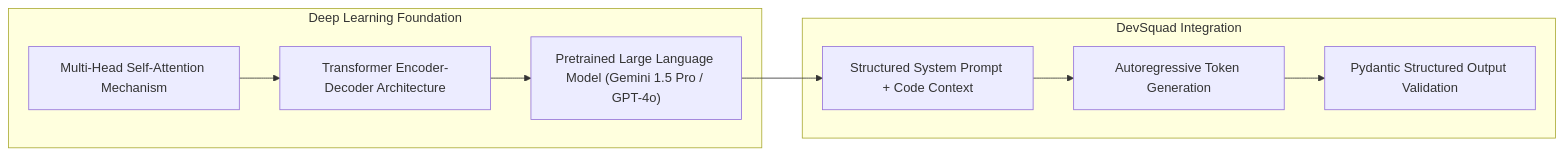
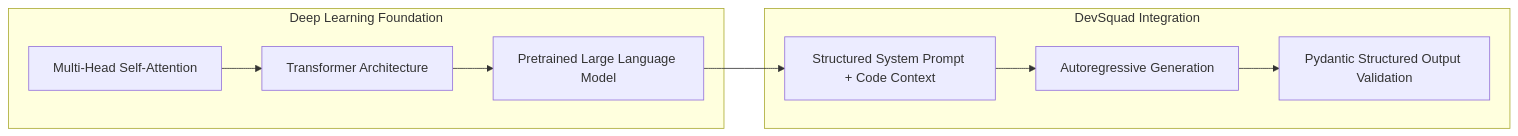
One commit to sakshiraut17/devsquad changed the second of 3 diagrams in docs/ai-architecture.md. Above: the diagram before and after it, drawn with Mermaid. The commit also changed other lines of this file and 11 other files, not shown here.

````diff
--- a/docs/ai-architecture.md
+++ b/docs/ai-architecture.md
@@ -77,13 +75,13 @@
 ```mermaid
 graph LR
     subgraph Deep Learning Foundation
-        ATTN["Multi-Head Self-Attention Mechanism"] --> TRANS["Transformer Encoder-Decoder Architecture"]
-        TRANS --> LLM_BASE["Pretrained Large Language Model (Gemini 1.5 Pro / GPT-4o)"]
+        ATTN["Multi-Head Self-Attention"] --> TRANS["Transformer Architecture"]
+        TRANS --> LLM_BASE["Pretrained Large Language Model"]
     end
 
     subgraph DevSquad Integration
         LLM_BASE --> PROMPT["Structured System Prompt + Code Context"]
-        PROMPT --> INF["Autoregressive Token Generation"]
+        PROMPT --> INF["Autoregressive Generation"]
         INF --> OUT["Pydantic Structured Output Validation"]
     end
 ```
````
